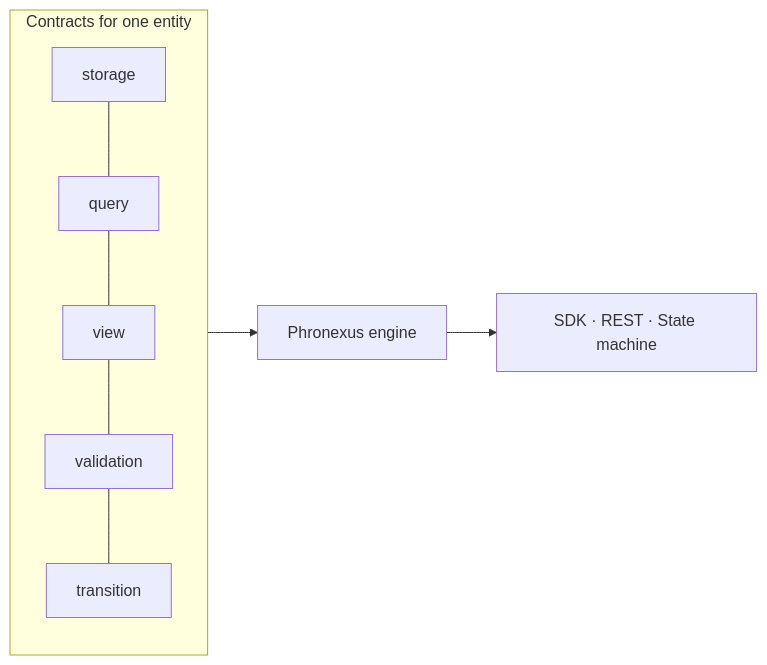
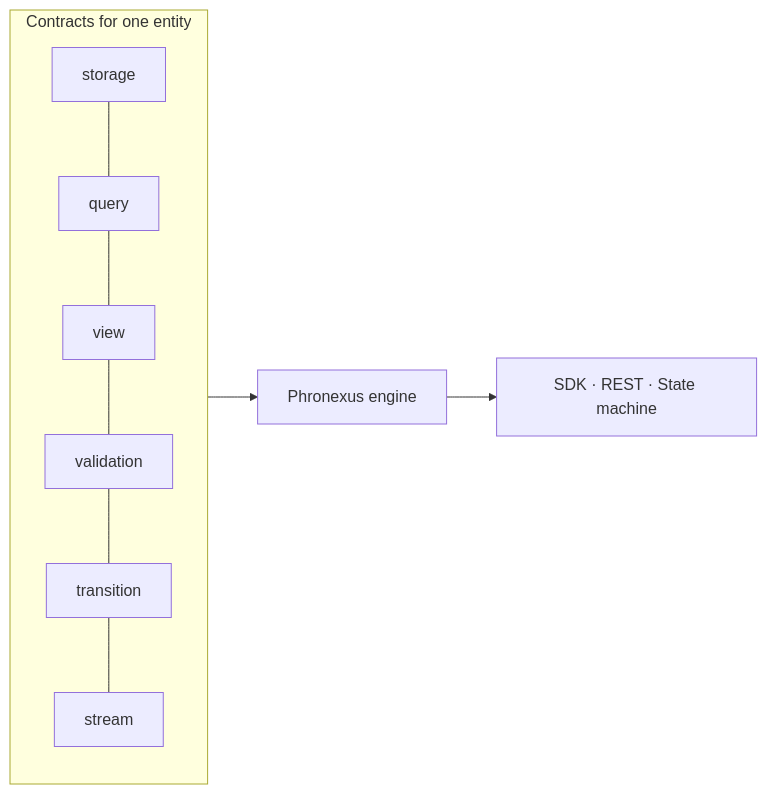
The first of 2 diagrams in docs/building-on-phronexus.md (shubham3582/test), drawn with Mermaid before and after one commit. The commit also changed other lines of this file and 12 other files, not shown here.

````diff
--- a/docs/building-on-phronexus.md
+++ b/docs/building-on-phronexus.md
@@ -28,8 +28,8 @@
 ```mermaid
 flowchart LR
     subgraph Contracts[Contracts for one entity]
-      S[storage] --- Q[query] --- V[view] --- VA[validation] --- T[transition]
+      S[storage] --- Q[query] --- V[view] --- VA[validation] --- T[transition] --- ST[stream]
     end
     Contracts --> ENGINE[Phronexus engine]
     ENGINE --> API[SDK · REST · State machine]
 ```
````
